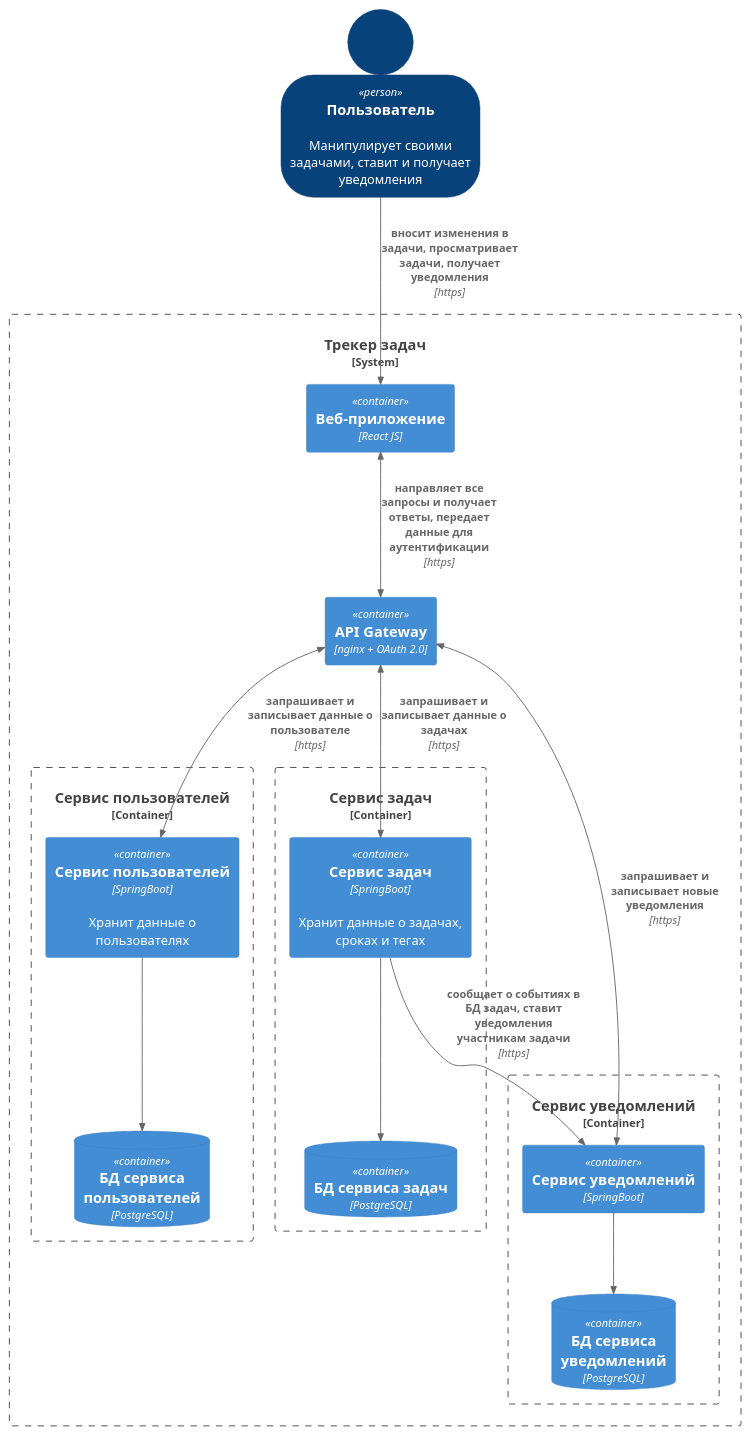
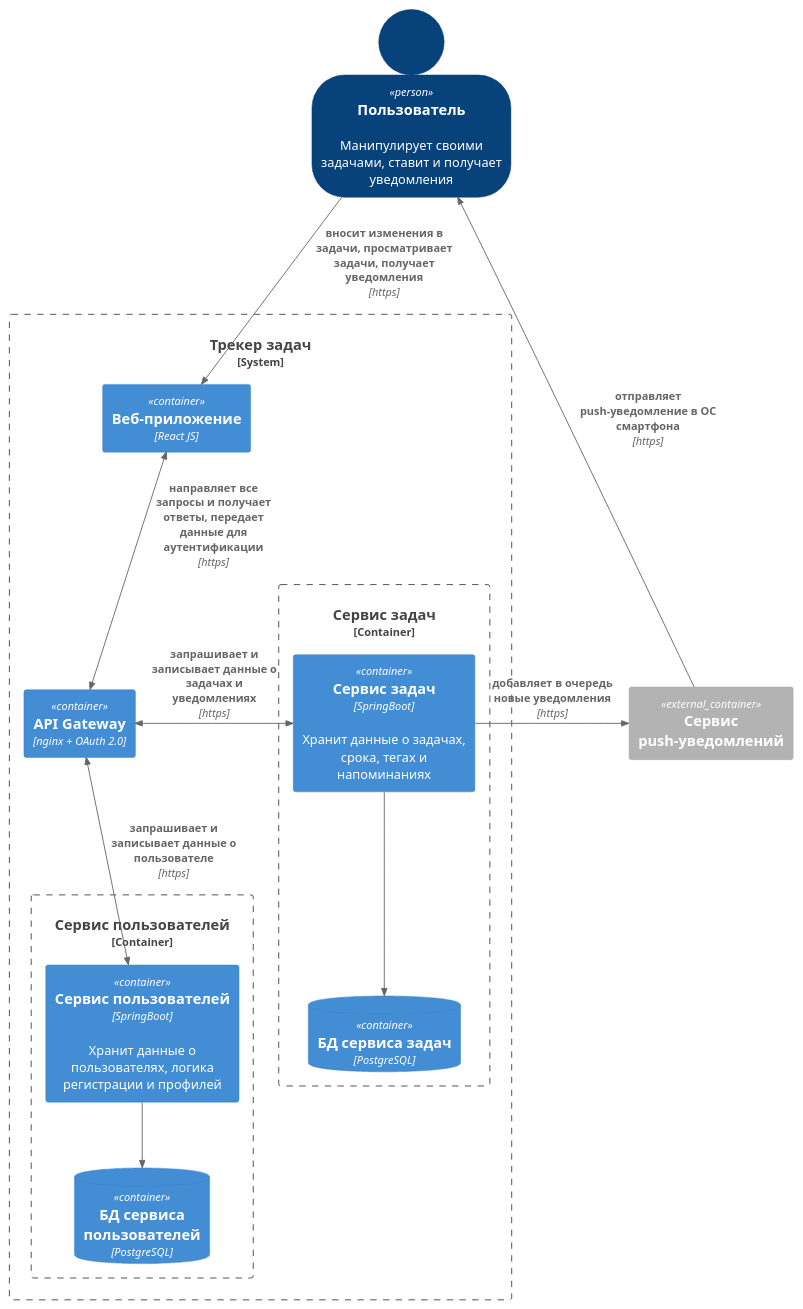
Before and after one commit to yn96k/task-tracker: the diagram in C4 диаграмма (контейнеров).md, drawn with PlantUML. The commit also changed other lines of this file, not shown here.

Commit message:
Update C4 диаграмма (контейнеров).md

````diff
--- a/C4 диаграмма (контейнеров).md
+++ b/C4 диаграмма (контейнеров).md
@@ -4,42 +3,39 @@
 ```plantuml
 @startuml "task_tracker_MSA"
 !include https://raw.githubusercontent.com/plantuml-stdlib/C4-PlantUML/master/C4_Container.puml
 
 SHOW_PERSON_OUTLINE()
 
 Person(user, "Пользователь", "Манипулирует своими задачами, ставит и получает уведомления")
 
+Container_Ext(push_service, "Сервис push-уведомлений", "")
+
 System_Boundary(c1, "Трекер задач") {
     Container(app, "Веб-приложение", "React JS")
     
     Container(api_gateway, "API Gateway", "nginx + OAuth 2.0")
 
     Container_Boundary(users_b,"Сервис пользователей") {
-        Container(users_sv, "Сервис пользователей", "SpringBoot", "Хранит данные о пользователях")
+        Container(users_sv, "Сервис пользователей", "SpringBoot", "Хранит данные о пользователях, логика регистрации и профилей")
         ContainerDb(users_db, "БД сервиса пользователей", "PostgreSQL")
     }
     Container_Boundary(tasks_b, "Сервис задач") {
-        Container(tasks_sv, "Сервис задач", "SpringBoot", "Хранит данные о задачах, сроках и тегах")
+        Container(tasks_sv, "Сервис задач", "SpringBoot", "Хранит данные о задачах, срока, тегах и напоминаниях")
         ContainerDb(tasks_db, "БД сервиса задач", "PostgreSQL")
-    }
-    Container_Boundary(notifs_b, "Сервис уведомлений") {
-        Container(notifs_sv, "Сервис уведомлений", "SpringBoot")
-        ContainerDb(notifs_db, "БД сервиса уведомлений", "PostgreSQL")
     }
 }
 
 Rel_D(users_sv, users_db, "")
 Rel_D(tasks_sv, tasks_db, "")
-Rel_D(notifs_sv, notifs_db, "")
 
-Rel(user, app, "вносит изменения в задачи, просматривает задачи, получает уведомления", "https")
+Rel_D(user, app, "вносит изменения в задачи, просматривает задачи, получает уведомления", "https")
 BiRel(app, api_gateway, "направляет все запросы и получает ответы, передает данные для аутентификации", "https")
 
-BiRel(api_gateway, users_sv, "запрашивает и записывает данные о пользователе", "https")
-BiRel(api_gateway, tasks_sv, "запрашивает и записывает данные о задачах", "https")
-BiRel(api_gateway, notifs_sv, "запрашивает и записывает новые уведомления", "https")
+BiRel_D(api_gateway, users_sv, "запрашивает и записывает данные о пользователе", "https")
+BiRel_L(api_gateway, tasks_sv, "запрашивает и записывает данные о задачах и уведомлениях", "https")
 
-Rel(tasks_sv,notifs_sv,"сообщает о событиях в БД задач, ставит уведомления участникам задачи", "https")
+Rel_R(tasks_sv, push_service, "добавляет в очередь новые уведомления", "https")
+Rel_U(push_service, user, "отправляет push-уведомление в ОС смартфона", "https")
 
 @enduml
 ```
````
